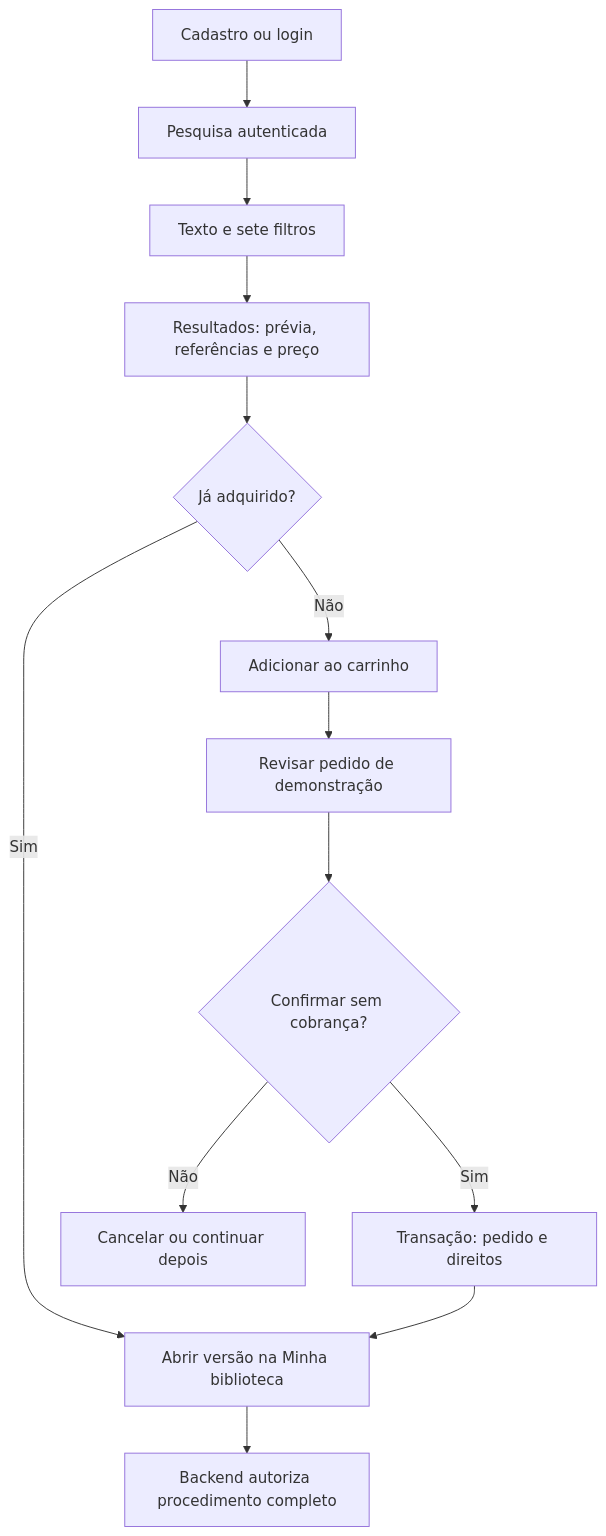
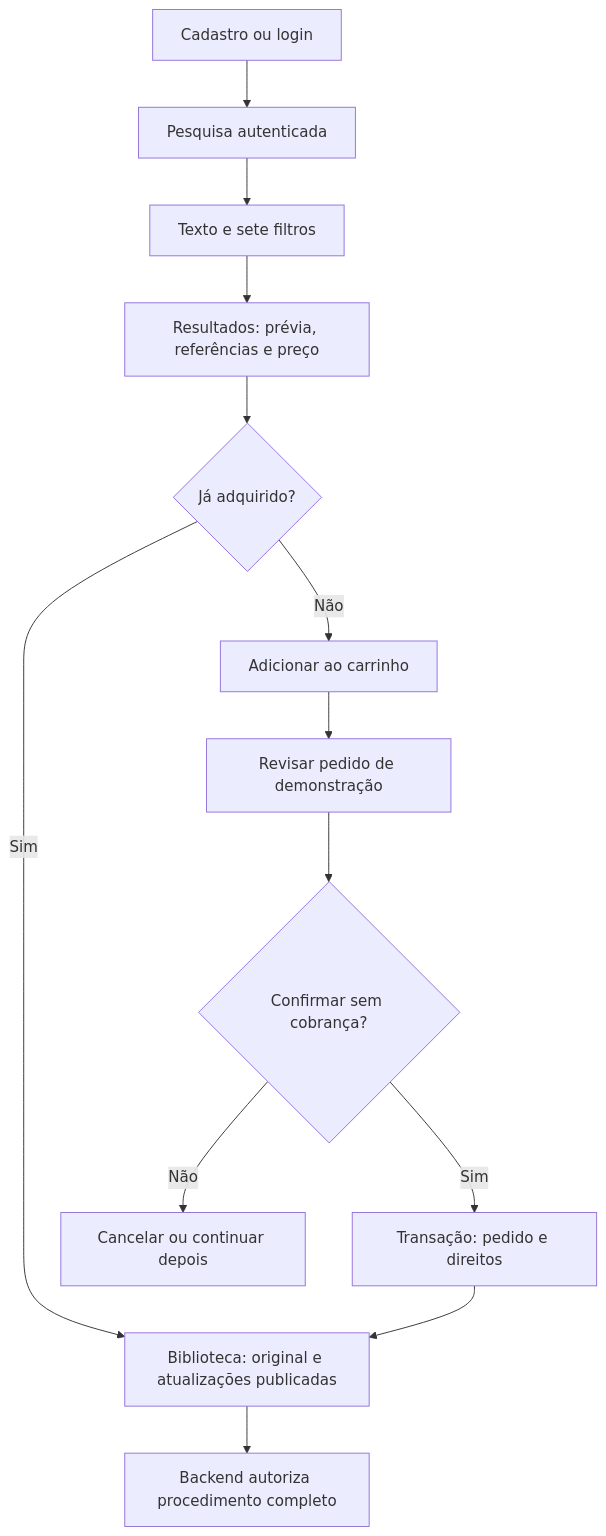
The diagram in docs/especificacoes/MVP-WIKI-CHEM-v1.md (dernivaljr/wiki-chem), drawn with Mermaid before and after one commit. The commit also changed other lines of this file and 4 other files, not shown here.

````diff
--- a/docs/especificacoes/MVP-WIKI-CHEM-v1.md
+++ b/docs/especificacoes/MVP-WIKI-CHEM-v1.md
@@ -85,15 +86,15 @@
 ```mermaid
 flowchart TD
   A["Cadastro ou login"] --> B["Pesquisa autenticada"]
   B --> C["Texto e sete filtros"]
   C --> D["Resultados: prévia, referências e preço"]
   D --> E{"Já adquirido?"}
-  E -->|Sim| F["Abrir versão na Minha biblioteca"]
+  E -->|Sim| F["Biblioteca: original e atualizações publicadas"]
   E -->|Não| G["Adicionar ao carrinho"]
   G --> H["Revisar pedido de demonstração"]
   H --> I{"Confirmar sem cobrança?"}
   I -->|Sim| J["Transação: pedido e direitos"]
   J --> F
   I -->|Não| K["Cancelar ou continuar depois"]
   F --> L["Backend autoriza procedimento completo"]
 ```
````
